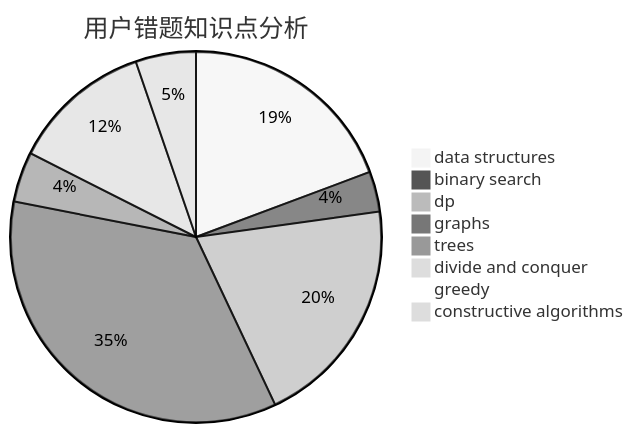
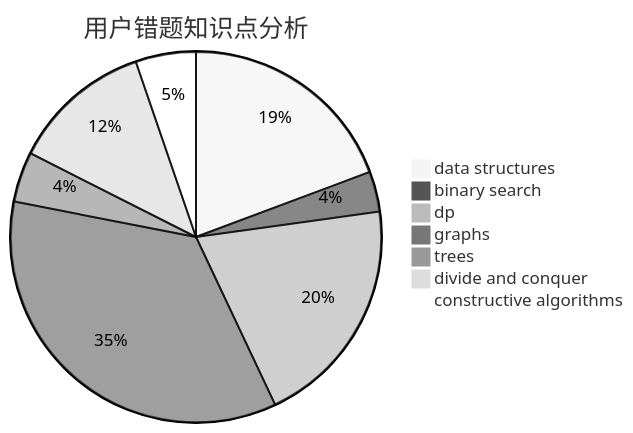
One commit to sherpahu/cfrs.github.io changed the third of 3 diagrams in docs/user/u1782.md. Above: the diagram before and after it, drawn with Mermaid (neutral theme). The commit also changed other lines of this file and 2770 other files, not shown here.

````diff
--- a/docs/user/u1782.md
+++ b/docs/user/u1782.md
@@ -31,11 +27,10 @@
 ```mermaid
 pie title 用户错题知识点分析
     "data structures" :  22
     "binary search" :  4
     "dp" :  23
     "graphs" :  40
     "trees" :  5
     "divide and conquer" :  14
-    "greedy" :  0
     "constructive algorithms" :  6
 ```
````
